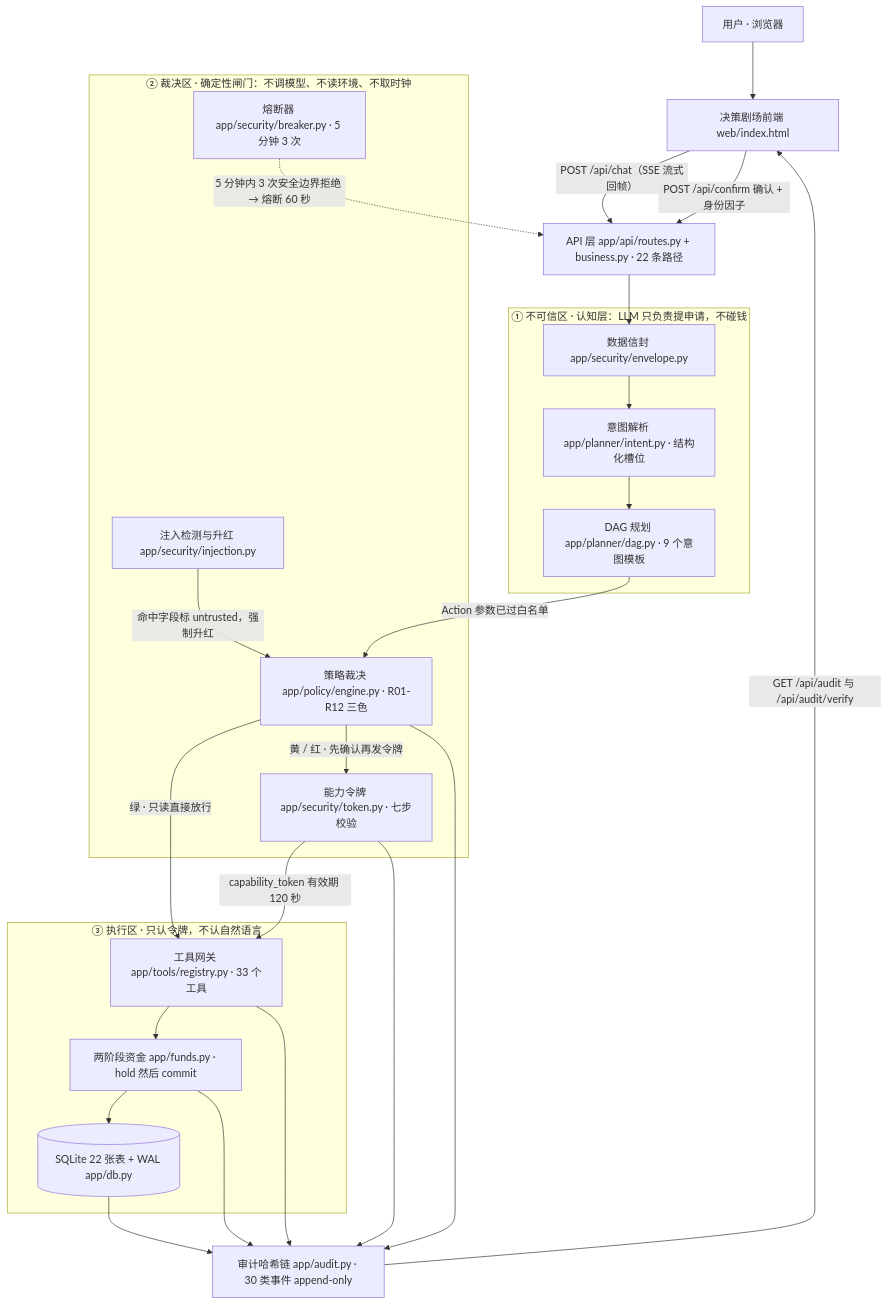
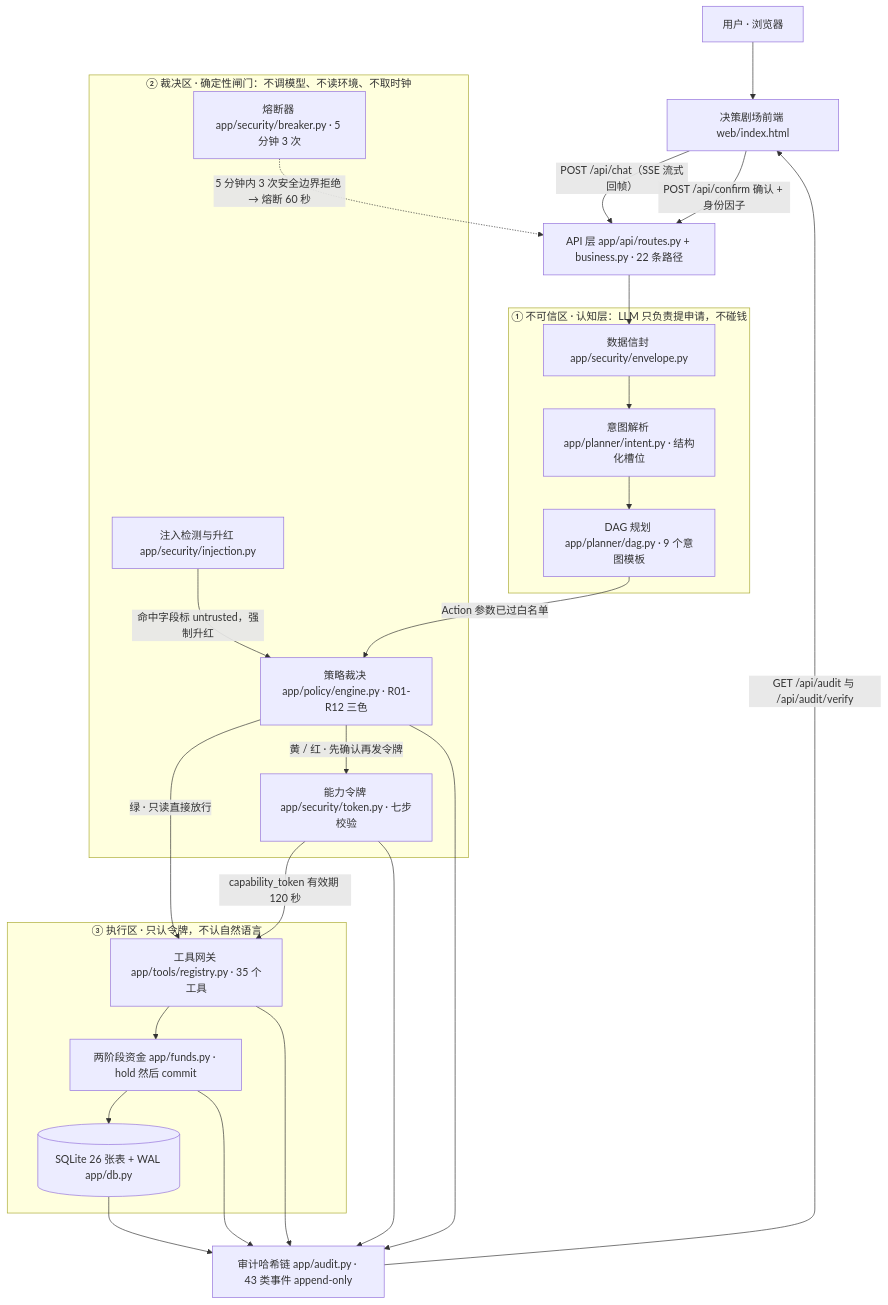
Before and after one commit to peng6yu/banking-agent: the diagram in docs/架构图.mmd, drawn with Mermaid. The commit also changed 110 other files, not shown here.

```diff
--- a/docs/架构图.mmd
+++ b/docs/架构图.mmd
@@ -1,42 +1,42 @@
 %% 银行 AI 智能体 · 分层架构图（mermaid flowchart）
 %% 生成命令：PUPPETEER_EXECUTABLE_PATH=/usr/bin/google-chrome npx @mermaid-js/mermaid-cli -i docs/架构图.mmd -o docs/架构图.svg
 flowchart TD
     U["用户 · 浏览器"] --> FE["决策剧场前端 web/index.html"]
     FE -->|"POST /api/chat（SSE 流式回帧）"| API["API 层 app/api/routes.py + business.py · 22 条路径"]
     FE -->|"POST /api/confirm 确认 + 身份因子"| API
 
     subgraph L1["① 不可信区 · 认知层：LLM 只负责提申请，不碰钱"]
         ENV["数据信封 app/security/envelope.py"]
         INT["意图解析 app/planner/intent.py · 结构化槽位"]
         DAG["DAG 规划 app/planner/dag.py · 9 个意图模板"]
     end
 
     subgraph L2["② 裁决区 · 确定性闸门：不调模型、不读环境、不取时钟"]
         INJ["注入检测与升红 app/security/injection.py"]
         PE["策略裁决 app/policy/engine.py · R01-R12 三色"]
         TK["能力令牌 app/security/token.py · 七步校验"]
         BRK["熔断器 app/security/breaker.py · 5 分钟 3 次"]
     end
 
     subgraph L3["③ 执行区 · 只认令牌，不认自然语言"]
-        REG["工具网关 app/tools/registry.py · 33 个工具"]
+        REG["工具网关 app/tools/registry.py · 35 个工具"]
         FND["两阶段资金 app/funds.py · hold 然后 commit"]
-        DB[("SQLite 22 张表 + WAL app/db.py")]
+        DB[("SQLite 26 张表 + WAL app/db.py")]
     end
 
-    AUD["审计哈希链 app/audit.py · 30 类事件 append-only"]
+    AUD["审计哈希链 app/audit.py · 43 类事件 append-only"]
 
     API --> ENV --> INT --> DAG
     DAG -->|"Action 参数已过白名单"| PE
     INJ -->|"命中字段标 untrusted，强制升红"| PE
     PE -->|"绿 · 只读直接放行"| REG
     PE -->|"黄 / 红 · 先确认再发令牌"| TK
     TK -->|"capability_token 有效期 120 秒"| REG
     BRK -.->|"5 分钟内 3 次安全边界拒绝 → 熔断 60 秒"| API
     REG --> FND --> DB
     REG --> AUD
     FND --> AUD
     PE --> AUD
     TK --> AUD
     DB --> AUD
     AUD -->|"GET /api/audit 与 /api/audit/verify"| FE
```
